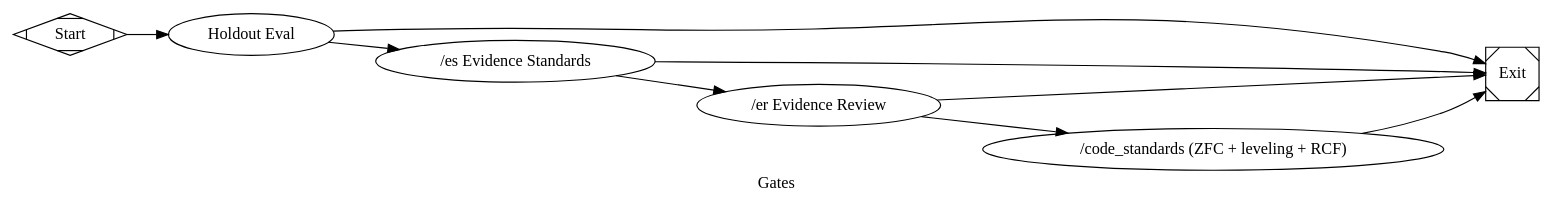
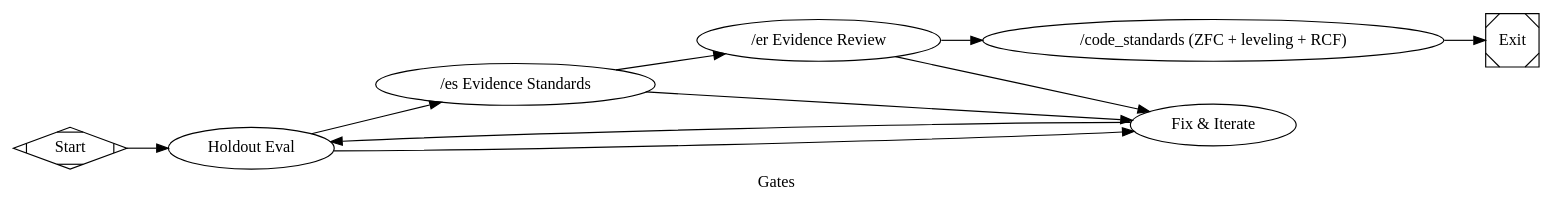
One commit to jleechanorg/dark-factory changed the diagram in pipelines/factory/gates.dot. Above: the diagram before and after it, drawn with Graphviz. The commit also changed 21 other files, not shown here.

```diff
--- a/pipelines/factory/gates.dot
+++ b/pipelines/factory/gates.dot
@@ -1,27 +1,40 @@
 digraph gates {
     graph [
         goal="Full validation: holdout + 3 adversarial gates."
         label="Gates"
     ]
     rankdir=LR
 
     start [shape=Mdiamond, label="Start"]
     exit  [shape=Msquare,  label="Exit"]
 
     holdout         [type="holdout_eval",        label="Holdout Eval", feature="hello", timeout=600]
     gate_es         [type="gate_es",             label="/es Evidence Standards",        timeout=600]
     gate_er         [type="gate_er",             label="/er Evidence Review",            timeout=600]
     gate_cs         [type="gate_code_standards", label="/code_standards (ZFC + leveling + RCF)", timeout=600]
 
+    // Bounded fix loop: any reviewer verdict other than success routes here
+    // so the run can iterate on the artifact rather than terminating on a
+    // first failure (per factory-evolve G2 fix-loop contract).
+    fix [
+        type="codergen",
+        label="Fix & Iterate",
+        class="fix",
+        prompt="@prompts/slim/fix.md",
+        max_visits="3",
+        timeout=600
+    ]
+
     start -> holdout
     holdout -> gate_es [condition="outcome=success"]
-    holdout -> exit    [condition="outcome!=success"]
+    holdout -> fix     [condition="outcome!=success"]
 
     gate_es -> gate_er [condition="outcome=success"]
-    gate_es -> exit    [condition="outcome!=success"]
+    gate_es -> fix     [condition="outcome!=success"]
 
     gate_er -> gate_cs [condition="outcome=success"]
-    gate_er -> exit    [condition="outcome!=success"]
+    gate_er -> fix     [condition="outcome!=success"]
 
     gate_cs -> exit
+    fix -> holdout
 }
```
